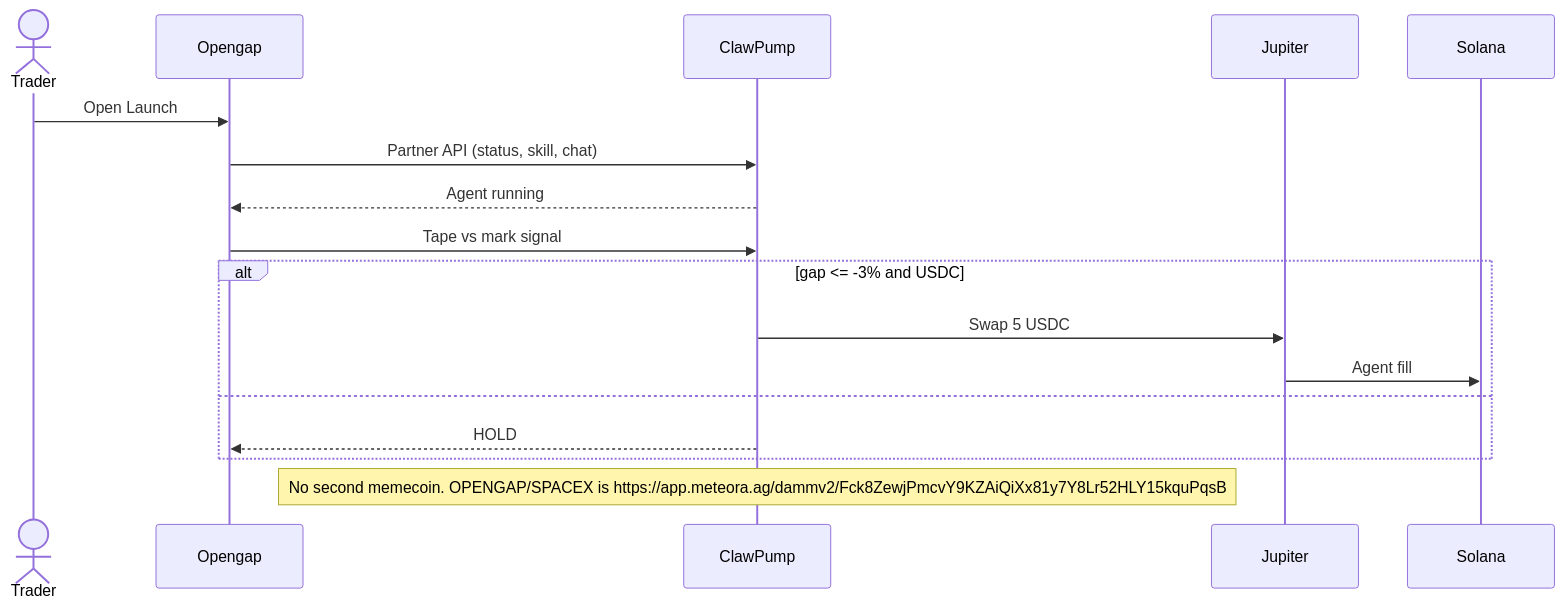
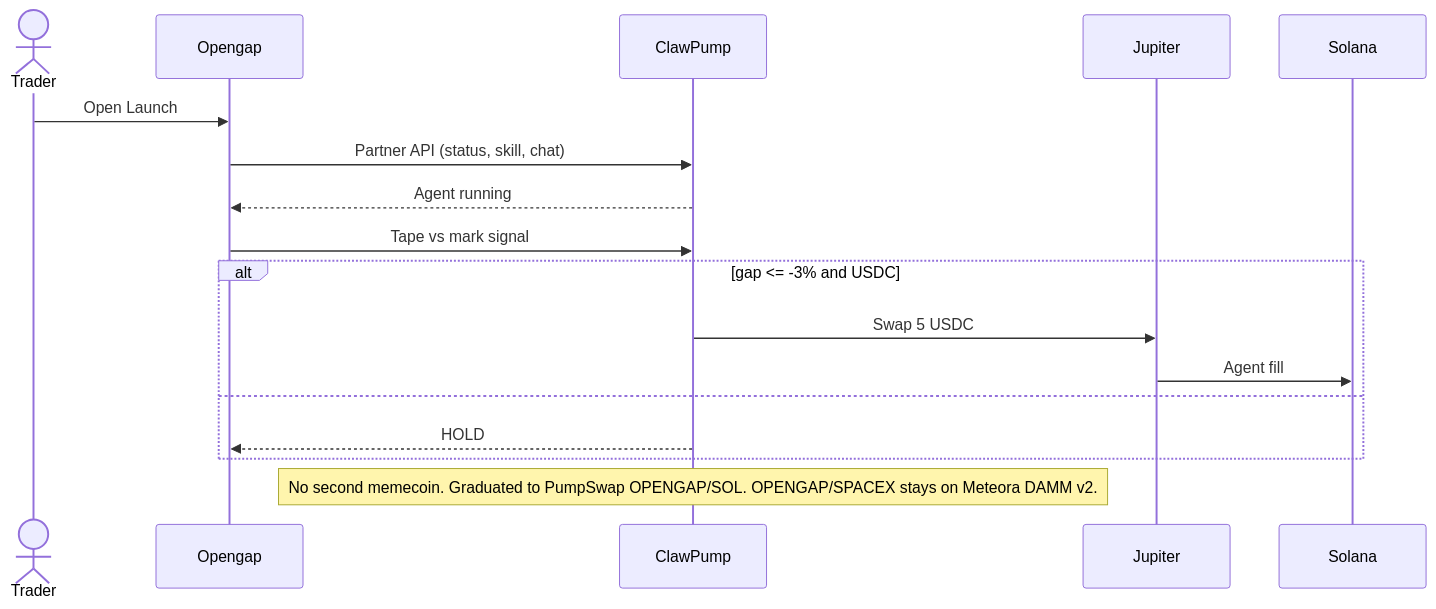
Before and after one commit to AmaanSayyad/OpenGap: the seventh of 8 diagrams in README.md, drawn with Mermaid. The commit also changed other lines of this file and 31 other files, not shown here.

First line of the commit message:
Ship $OPENGAP staking and the graduated PumpSwap desk.

````diff
--- a/README.md
+++ b/README.md
@@ -261,20 +264,20 @@
 ```mermaid
 sequenceDiagram
   actor Trader
   participant App as Opengap
   participant Claw as ClawPump
   participant Jup as Jupiter
   participant Sol as Solana
 
   Trader->>App: Open Launch
   App->>Claw: Partner API (status, skill, chat)
   Claw-->>App: Agent running
   App->>Claw: Tape vs mark signal
   alt gap <= -3% and USDC
     Claw->>Jup: Swap 5 USDC
     Jup->>Sol: Agent fill
   else
     Claw-->>App: HOLD
   end
-  Note over Claw: No second memecoin. OPENGAP/SPACEX is https://app.meteora.ag/dammv2/Fck8ZewjPmcvY9KZAiQiXx81y7Y8Lr52HLY15kquPqsB
+  Note over Claw: No second memecoin. Graduated to PumpSwap OPENGAP/SOL. OPENGAP/SPACEX stays on Meteora DAMM v2.
 ```
````
